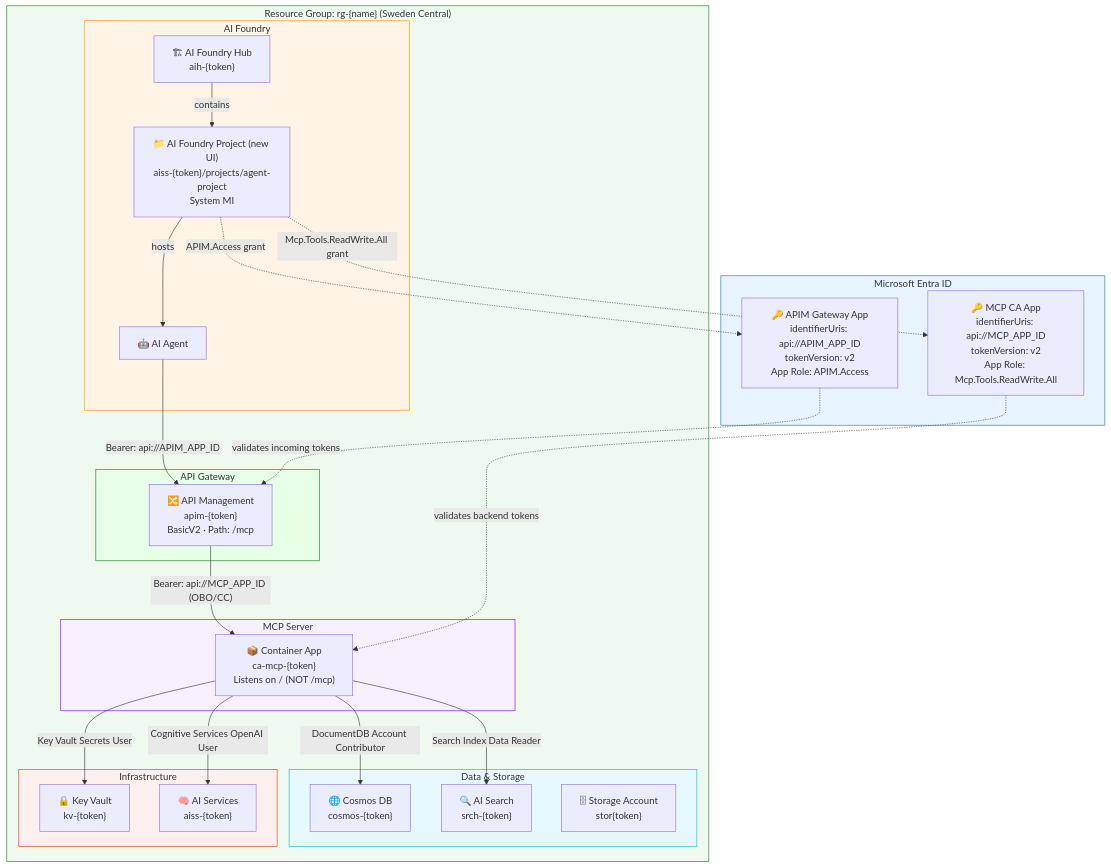
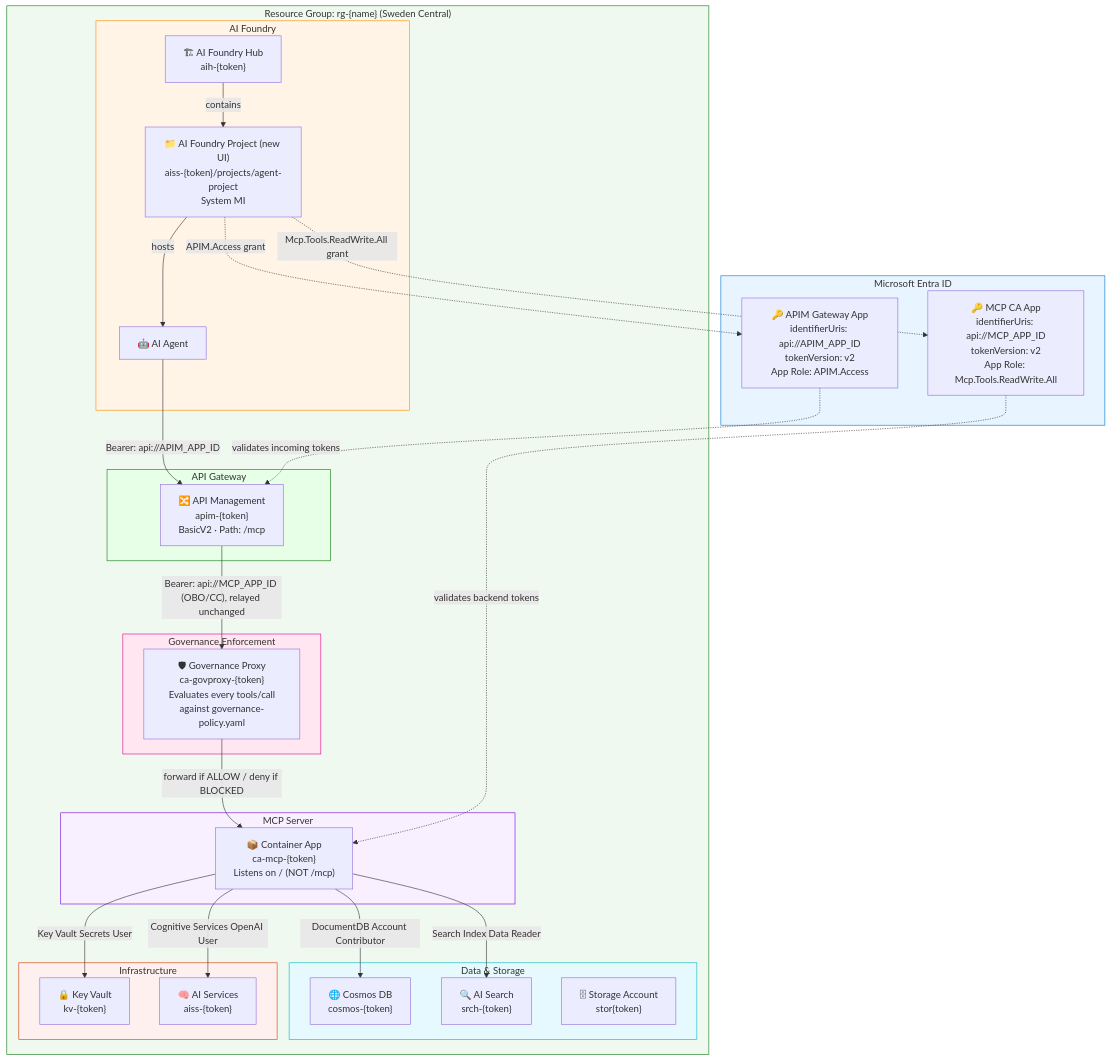
The first of 2 diagrams in README.md (adrinb27/azure-ai-agent-mcp-gateway), drawn with Mermaid before and after one commit. The commit also changed other lines of this file and 8 other files, not shown here.

Commit message:
added the proxy into azure architecture between the apim and mcp

````diff
--- a/README.md
+++ b/README.md
@@ -164,55 +164,61 @@
 ```mermaid
 graph TB
     subgraph Entra["Microsoft Entra ID"]
         APIM_APP["🔑 APIM Gateway App\nidentifierUris: api://APIM_APP_ID\ntokenVersion: v2\nApp Role: APIM.Access"]
         MCP_APP["🔑 MCP CA App\nidentifierUris: api://MCP_APP_ID\ntokenVersion: v2\nApp Role: Mcp.Tools.ReadWrite.All"]
     end
 
     subgraph RG["Resource Group: rg-{name} (Sweden Central)"]
         subgraph AI_FOUNDRY["AI Foundry"]
             HUB["🏗 AI Foundry Hub\naih-{token}"]
             PROJECT["📁 AI Foundry Project (new UI)\naiss-{token}/projects/agent-project\nSystem MI"]
             AGENT["🤖 AI Agent"]
         end
 
         subgraph GATEWAY["API Gateway"]
             APIM["🔀 API Management\napim-{token}\nBasicV2 · Path: /mcp"]
+        end
+
+        subgraph GOVPROXY["Governance Enforcement"]
+            PROXY["🛡 Governance Proxy\nca-govproxy-{token}\nEvaluates every tools/call\nagainst governance-policy.yaml"]
         end
 
         subgraph MCP["MCP Server"]
             CA["📦 Container App\nca-mcp-{token}\nListens on / (NOT /mcp)"]
         end
 
         subgraph DATA["Data & Storage"]
             COSMOS["🌐 Cosmos DB\ncosmos-{token}"]
             SEARCH["🔍 AI Search\nsrch-{token}"]
             STORAGE["🗄 Storage Account\nstor{token}"]
         end
 
         subgraph INFRA["Infrastructure"]
             KV["🔒 Key Vault\nkv-{token}"]
             AI_SVC["🧠 AI Services\naiss-{token}"]
         end
     end
 
     PROJECT -->|"hosts"| AGENT
     AGENT -->|"Bearer: api://APIM_APP_ID"| APIM
-    APIM -->|"Bearer: api://MCP_APP_ID (OBO/CC)"| CA
+    APIM -->|"Bearer: api://MCP_APP_ID (OBO/CC), relayed unchanged"| PROXY
+    PROXY -->|"forward if ALLOW / deny if BLOCKED"| CA
     CA -->|"Key Vault Secrets User"| KV
     CA -->|"DocumentDB Account Contributor"| COSMOS
     CA -->|"Search Index Data Reader"| SEARCH
     CA -->|"Cognitive Services OpenAI User"| AI_SVC
     HUB -->|"contains"| PROJECT
     APIM_APP -.->|"validates incoming tokens"| APIM
     MCP_APP -.->|"validates backend tokens"| CA
     PROJECT -.->|"APIM.Access grant"| APIM_APP
     PROJECT -.->|"Mcp.Tools.ReadWrite.All grant"| MCP_APP
 
     style Entra fill:#e8f4ff,stroke:#0078d4
     style RG fill:#f0f9f0,stroke:#107c10
     style AI_FOUNDRY fill:#fff4e6,stroke:#ff8c00
     style GATEWAY fill:#e6ffe6,stroke:#107c10
+    style GOVPROXY fill:#ffe6f0,stroke:#e3008c
     style MCP fill:#f9f0ff,stroke:#7a00e6
     style DATA fill:#e6f9ff,stroke:#00b7c3
     style INFRA fill:#fff0f0,stroke:#d83b01
 ```
````
